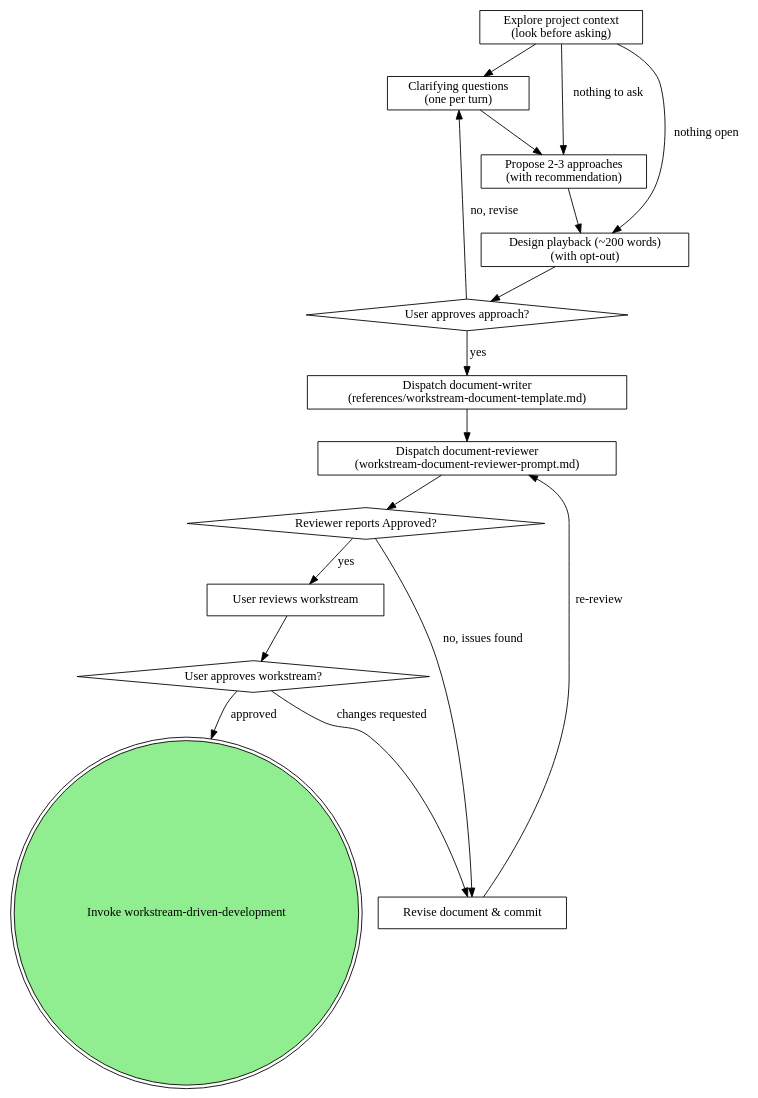
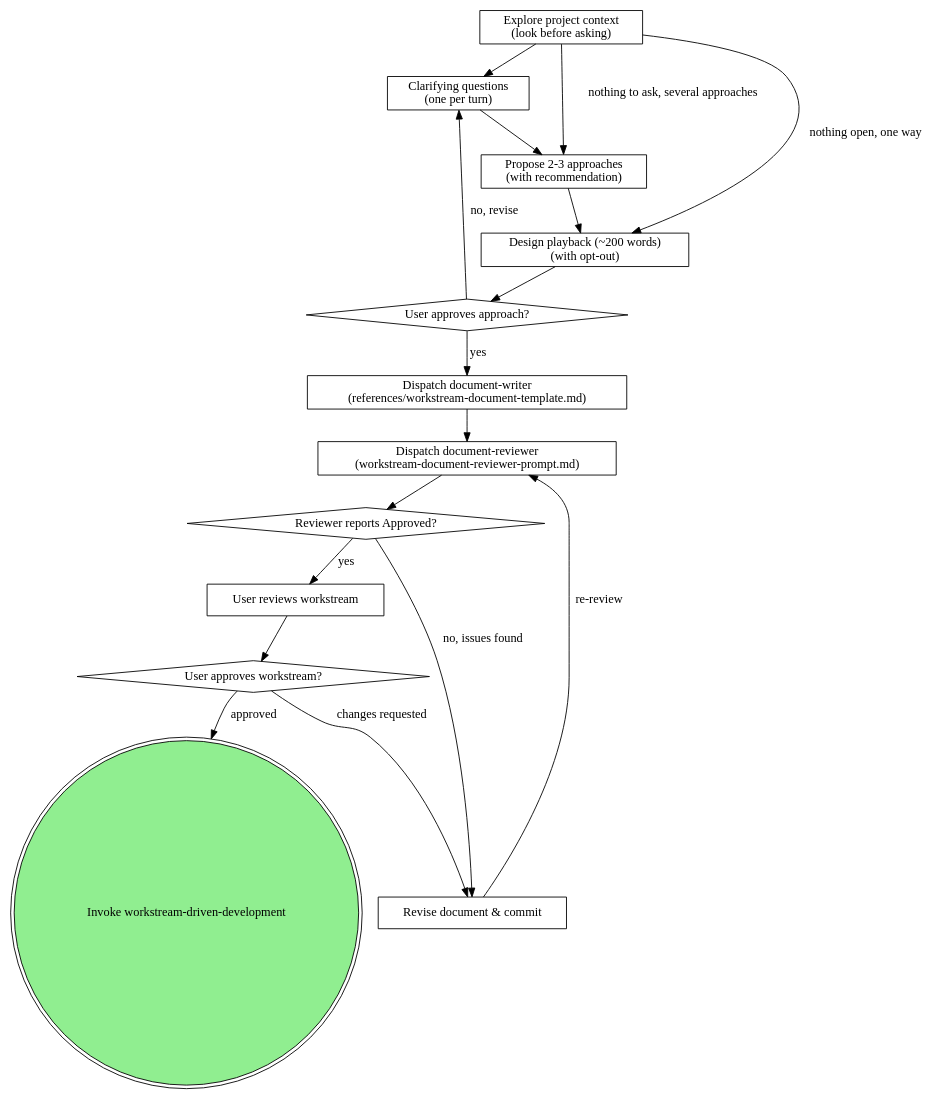
One commit to dtbndr/solopowers changed the diagram in skills/workstream-brainstorming/SKILL.md. Above: the diagram before and after it, drawn with Graphviz. The commit also changed other lines of this file, not shown here.

Commit message:
fix(brainstorming): resolve last Opus re-review nits

````diff
--- a/skills/workstream-brainstorming/SKILL.md
+++ b/skills/workstream-brainstorming/SKILL.md
@@ -92,33 +92,33 @@
 ```dot
 digraph workstream_brainstorming {
     "Explore project context\n(look before asking)" [shape=box];
     "Clarifying questions\n(one per turn)" [shape=box];
     "Propose 2-3 approaches\n(with recommendation)" [shape=box];
     "Design playback (~200 words)\n(with opt-out)" [shape=box];
     "User approves approach?" [shape=diamond];
     "Dispatch document-writer\n(references/workstream-document-template.md)" [shape=box];
     "Dispatch document-reviewer\n(workstream-document-reviewer-prompt.md)" [shape=box];
     "Reviewer reports Approved?" [shape=diamond];
     "Revise document & commit" [shape=box];
     "User reviews workstream" [shape=box];
     "User approves workstream?" [shape=diamond];
     "Invoke workstream-driven-development" [shape=doublecircle style=filled fillcolor=lightgreen];
 
     "Explore project context\n(look before asking)" -> "Clarifying questions\n(one per turn)";
-    "Explore project context\n(look before asking)" -> "Design playback (~200 words)\n(with opt-out)" [label="nothing open"];
-    "Explore project context\n(look before asking)" -> "Propose 2-3 approaches\n(with recommendation)" [label="nothing to ask"];
+    "Explore project context\n(look before asking)" -> "Design playback (~200 words)\n(with opt-out)" [label="nothing open, one way"];
+    "Explore project context\n(look before asking)" -> "Propose 2-3 approaches\n(with recommendation)" [label="nothing to ask, several approaches"];
     "Clarifying questions\n(one per turn)" -> "Propose 2-3 approaches\n(with recommendation)";
     "Propose 2-3 approaches\n(with recommendation)" -> "Design playback (~200 words)\n(with opt-out)";
     "Design playback (~200 words)\n(with opt-out)" -> "User approves approach?";
     "User approves approach?" -> "Clarifying questions\n(one per turn)" [label="no, revise"];
     "User approves approach?" -> "Dispatch document-writer\n(references/workstream-document-template.md)" [label="yes"];
     "Dispatch document-writer\n(references/workstream-document-template.md)" -> "Dispatch document-reviewer\n(workstream-document-reviewer-prompt.md)";
     "Dispatch document-reviewer\n(workstream-document-reviewer-prompt.md)" -> "Reviewer reports Approved?";
     "Reviewer reports Approved?" -> "Revise document & commit" [label="no, issues found"];
     "Revise document & commit" -> "Dispatch document-reviewer\n(workstream-document-reviewer-prompt.md)" [label="re-review"];
     "Reviewer reports Approved?" -> "User reviews workstream" [label="yes"];
     "User reviews workstream" -> "User approves workstream?";
     "User approves workstream?" -> "Revise document & commit" [label="changes requested"];
     "User approves workstream?" -> "Invoke workstream-driven-development" [label="approved"];
 }
 ```
````
